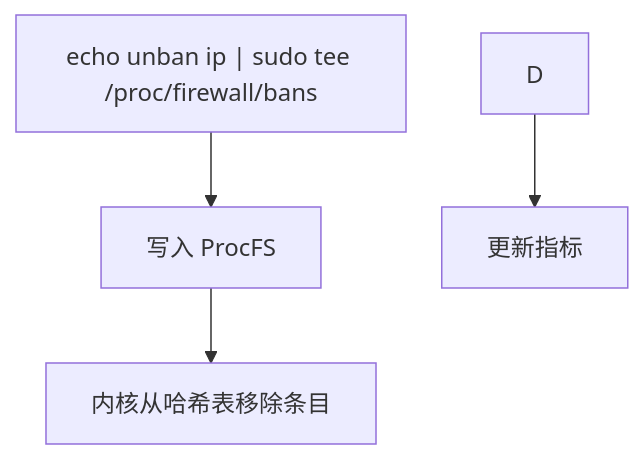
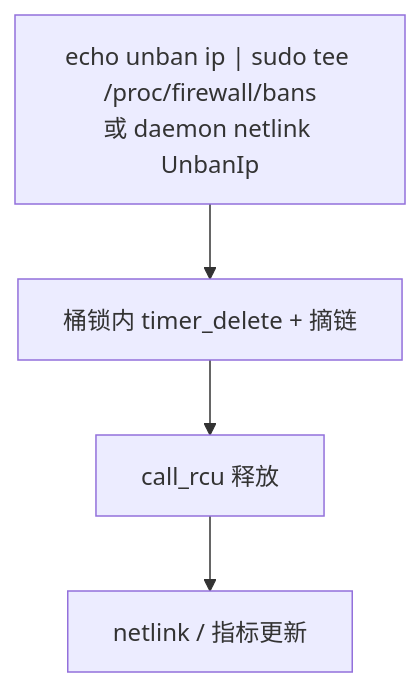
One commit to SnowCore8/linux-firewall-kmod changed the fifth of 7 diagrams in docs/zh/architecture/data-flow.md. Above: the diagram before and after it, drawn with Mermaid. The commit also changed other lines of this file and 9 other files, not shown here.

````diff
--- a/docs/zh/architecture/data-flow.md
+++ b/docs/zh/architecture/data-flow.md
@@ -69,6 +71,6 @@
 ```mermaid
 graph TB
-    A["echo unban ip | sudo tee /proc/firewall/bans"] --> B["写入 ProcFS"]
-    B --> C["内核从哈希表移除条目"]
-        D --> E["更新指标"]
+    A["echo unban ip | sudo tee /proc/firewall/bans<br/>或 daemon netlink UnbanIp"] --> B["桶锁内 timer_delete + 摘链"]
+    B --> C["call_rcu 释放"]
+    C --> D["netlink / 指标更新"]
 ```
````
